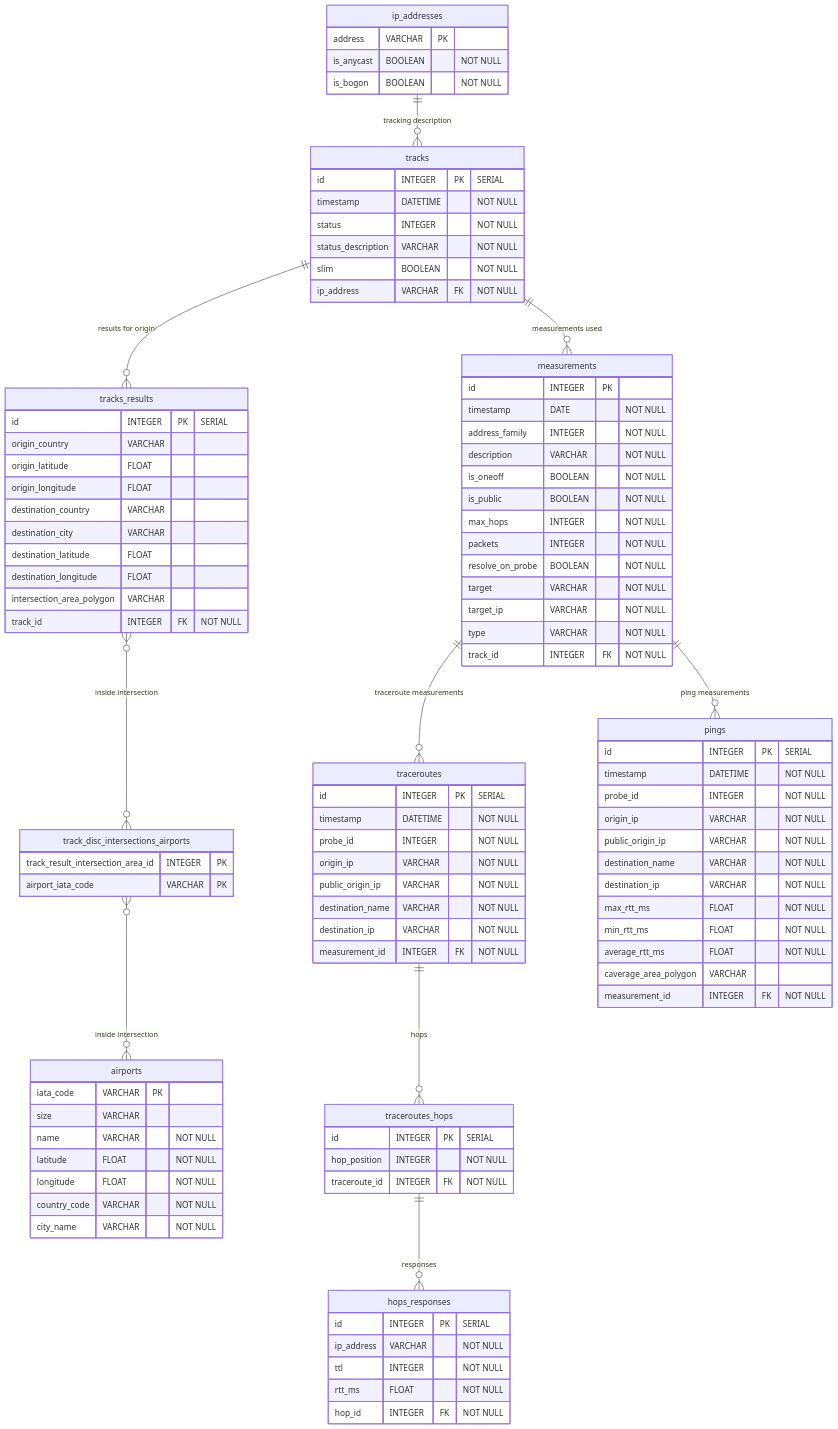
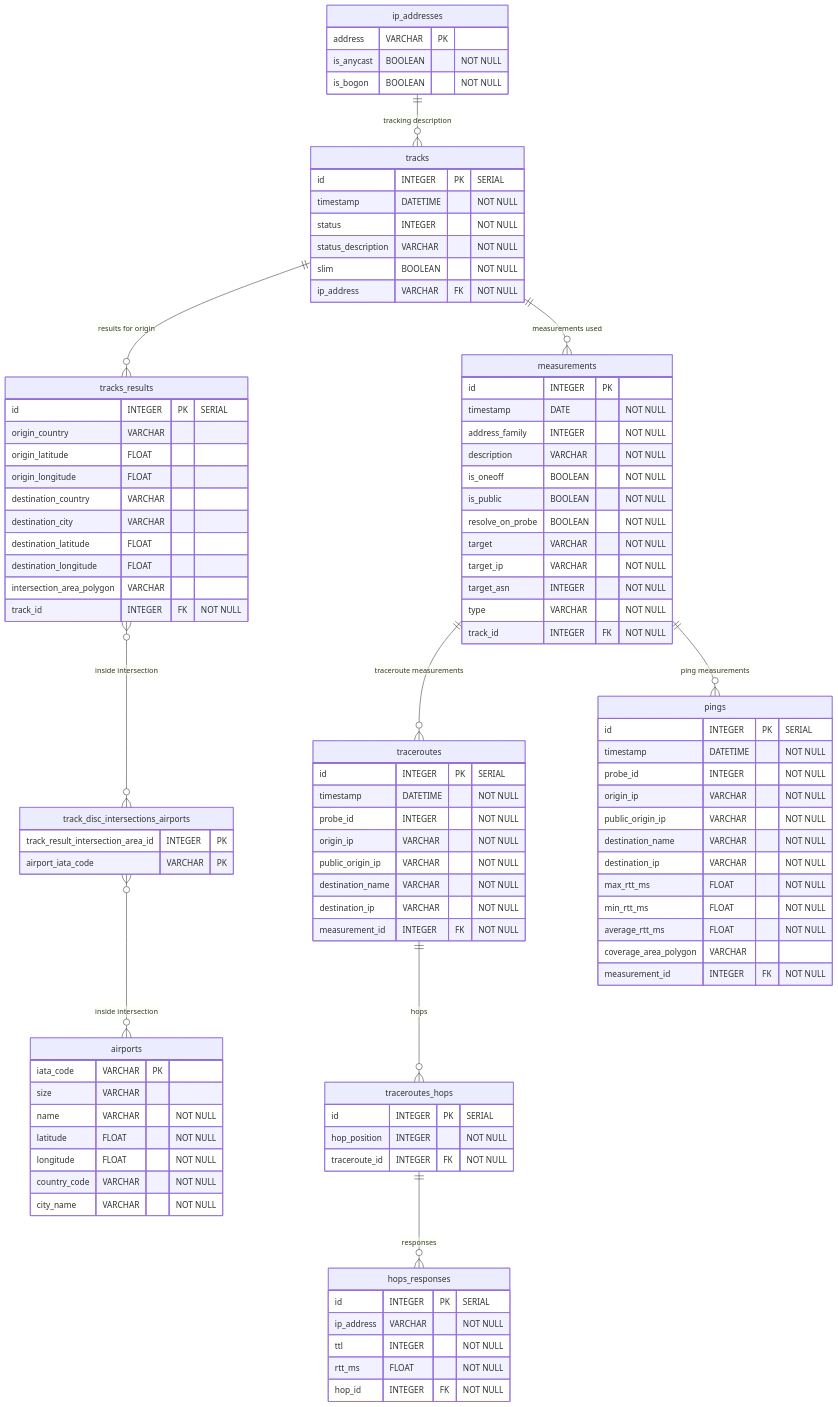
Before and after one commit to STRAST-UPM/Hunter: the diagram in docu/hunter_data_description.md, drawn with Mermaid. The commit also changed other lines of this file and 10 other files, not shown here.

```diff
--- a/docu/hunter_data_description.md
+++ b/docu/hunter_data_description.md
@@ -56,12 +56,11 @@
         address_family INTEGER "NOT NULL"
         description VARCHAR "NOT NULL"
         is_oneoff BOOLEAN "NOT NULL"
-        is_public BOOLEAN "NOT NULL" 
-        max_hops INTEGER "NOT NULL" 
-        packets INTEGER "NOT NULL"
+        is_public BOOLEAN "NOT NULL"
         resolve_on_probe BOOLEAN "NOT NULL"
         target VARCHAR "NOT NULL"
         target_ip VARCHAR "NOT NULL"
+        target_asn INTEGER "NOT NULL"
         type VARCHAR "NOT NULL"
         track_id INTEGER FK "NOT NULL"
     }
@@ -102,7 +101,7 @@
         max_rtt_ms FLOAT "NOT NULL"
         min_rtt_ms FLOAT "NOT NULL"
         average_rtt_ms FLOAT "NOT NULL"
-        caverage_area_polygon VARCHAR
+        coverage_area_polygon VARCHAR
         measurement_id INTEGER FK "NOT NULL"
     }
     
```
